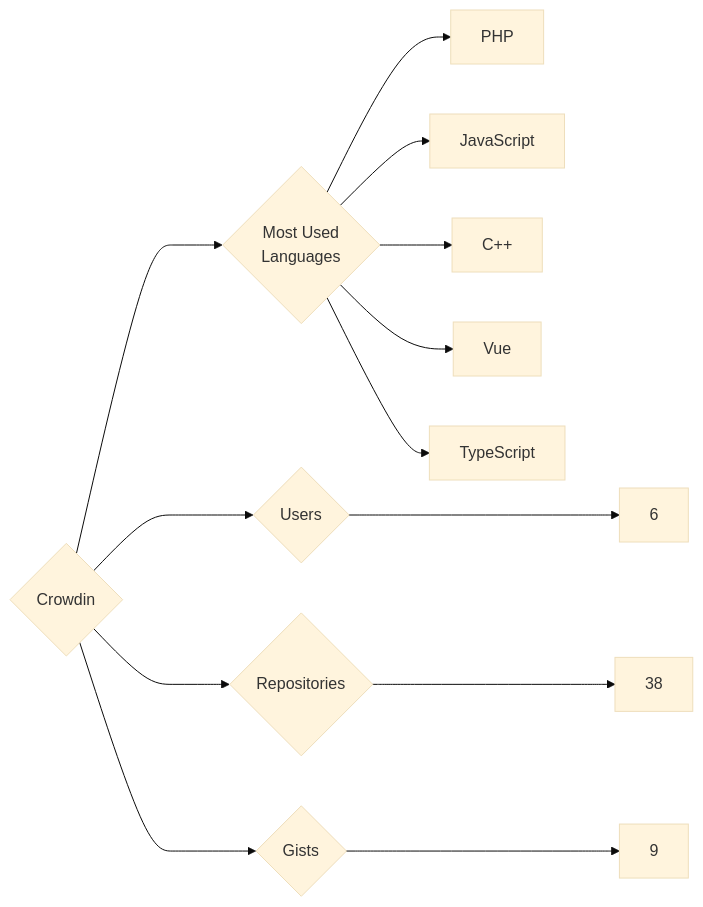
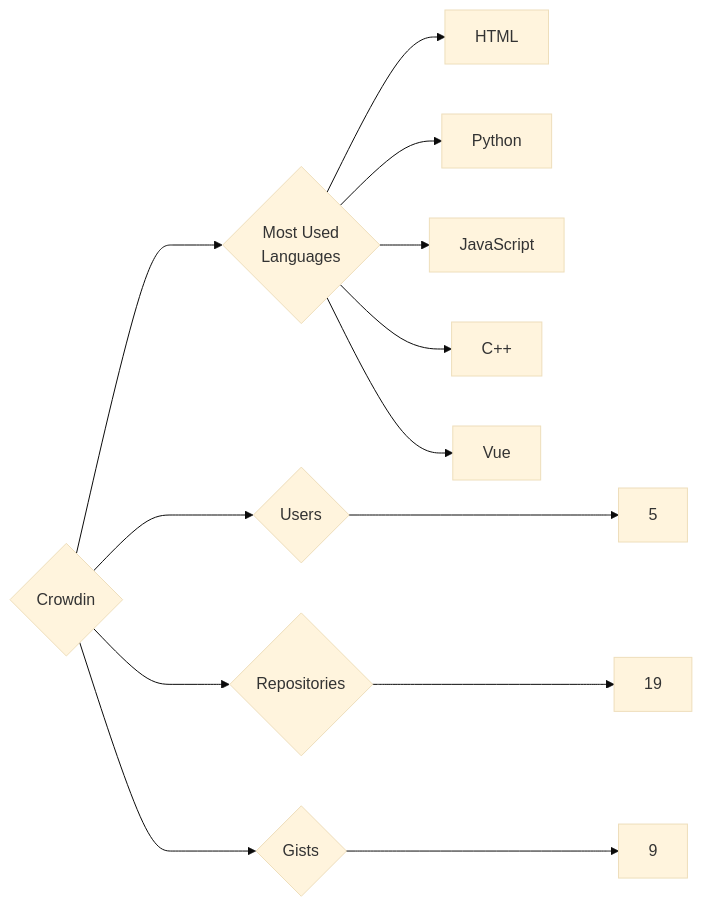
The diagram in targets/Crowdin/README.md (trickest/insiders), drawn with Mermaid (base theme) before and after one commit. The commit also changed 757 other files, not shown here.

````diff
--- a/targets/Crowdin/README.md
+++ b/targets/Crowdin/README.md
@@ -3,13 +3,13 @@
 ```mermaid
 graph LR
 COMPANY_NAME{Crowdin}
-COMPANY_NAME ---> U{Users} ---> UN[6]
-COMPANY_NAME ---> R{Repositories} ---> RN[38]
+COMPANY_NAME ---> U{Users} ---> UN[5]
+COMPANY_NAME ---> R{Repositories} ---> RN[19]
 COMPANY_NAME ---> G{Gists} ---> GN[9]
 COMPANY_NAME ---> ML{Most Used<br>Languages}
-ML --> PHP[PHP]
+ML --> HTML[HTML]
+ML --> Python[Python]
 ML --> JavaScript[JavaScript]
 ML --> C++[C++]
 ML --> Vue[Vue]
-ML --> TypeScript[TypeScript]
 ```
````
